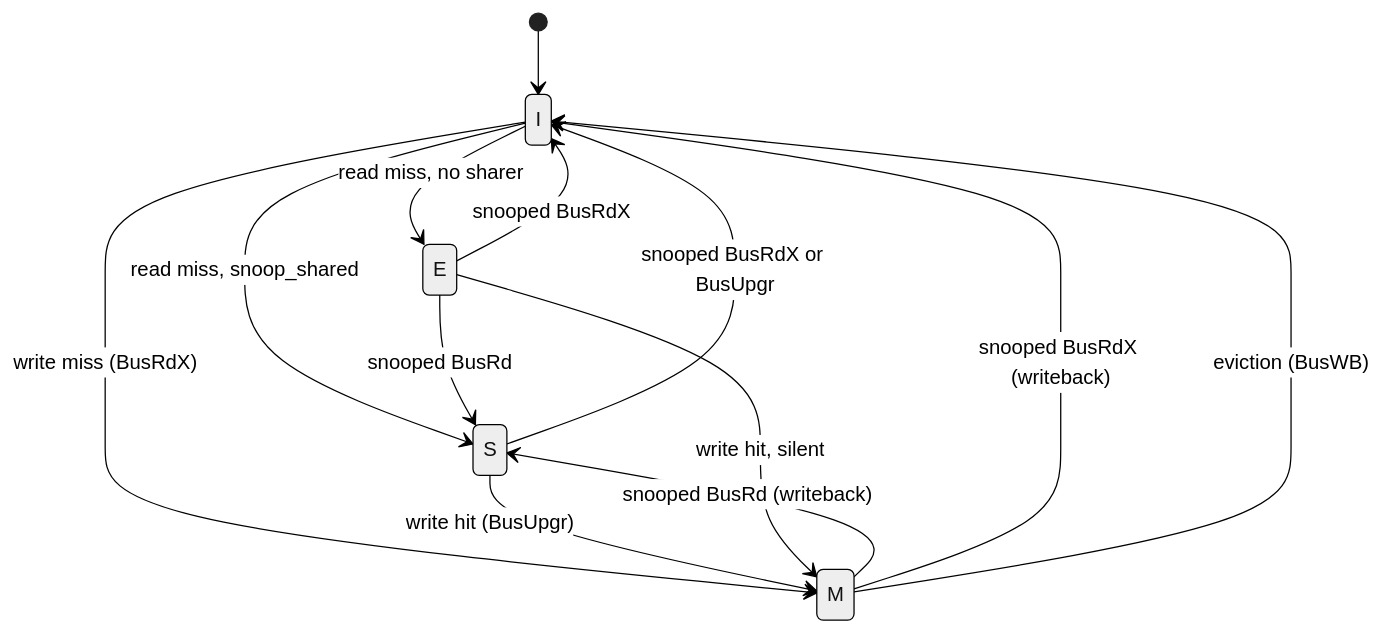
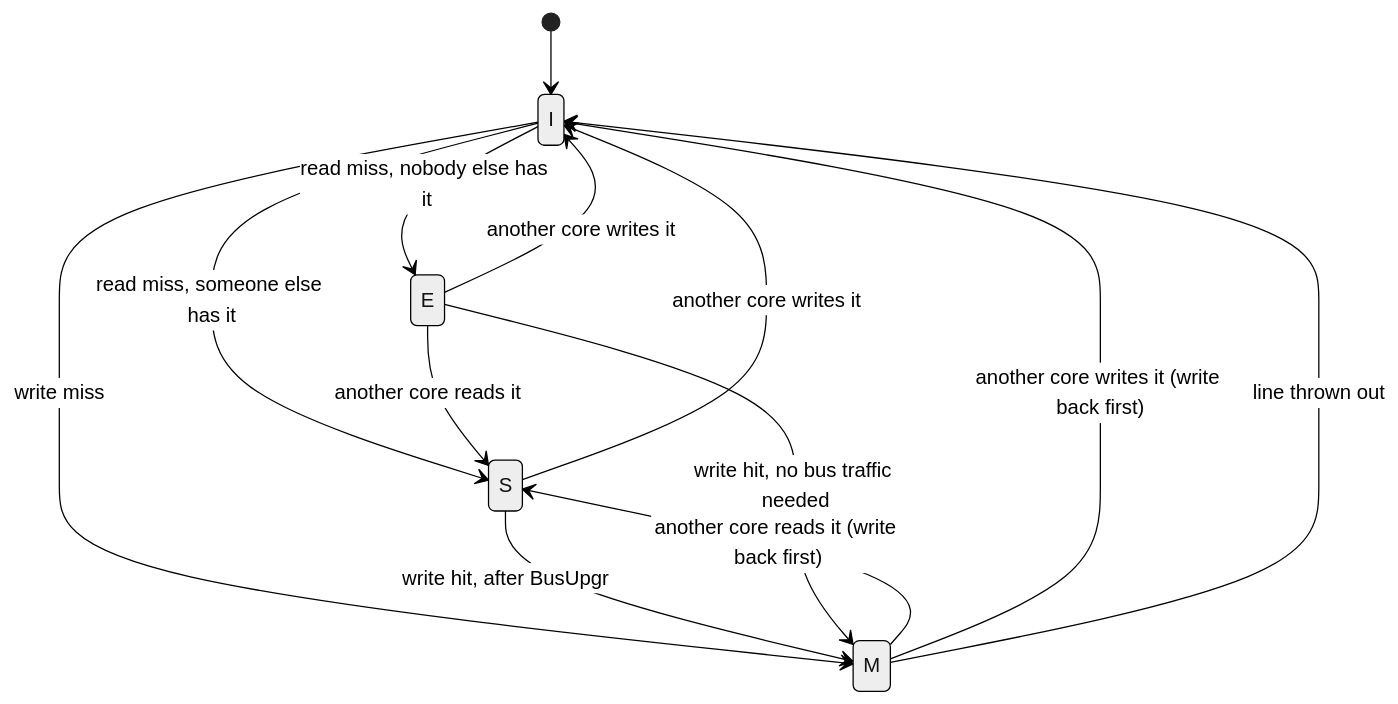
One commit to VineetChadalavada/tinyTrust changed the diagram in docs/COHERENCE.md. Above: the diagram before and after it, drawn with Mermaid (neutral theme). The commit also changed other lines of this file and 2 other files, not shown here.

````diff
--- a/docs/COHERENCE.md
+++ b/docs/COHERENCE.md
@@ -136,15 +157,15 @@
 ```mermaid
 stateDiagram-v2
     [*] --> I
-    I --> S: read miss, snoop_shared
-    I --> E: read miss, no sharer
-    I --> M: write miss (BusRdX)
-    S --> M: write hit (BusUpgr)
-    E --> M: write hit, silent
-    E --> S: snooped BusRd
-    M --> S: snooped BusRd (writeback)
-    M --> I: snooped BusRdX (writeback)
-    S --> I: snooped BusRdX or BusUpgr
-    E --> I: snooped BusRdX
-    M --> I: eviction (BusWB)
+    I --> S: read miss, someone else has it
+    I --> E: read miss, nobody else has it
+    I --> M: write miss
+    S --> M: write hit, after BusUpgr
+    E --> M: write hit, no bus traffic needed
+    E --> S: another core reads it
+    M --> S: another core reads it (write back first)
+    M --> I: another core writes it (write back first)
+    S --> I: another core writes it
+    E --> I: another core writes it
+    M --> I: line thrown out
 ```
````
